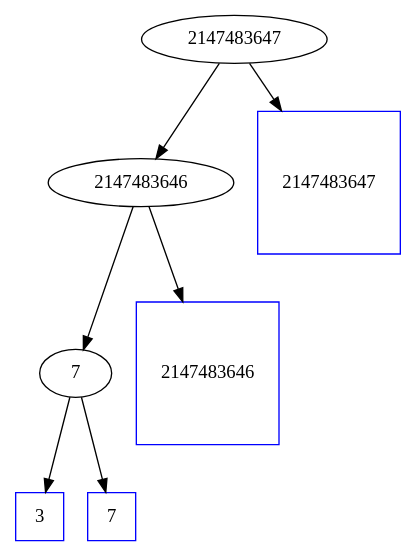
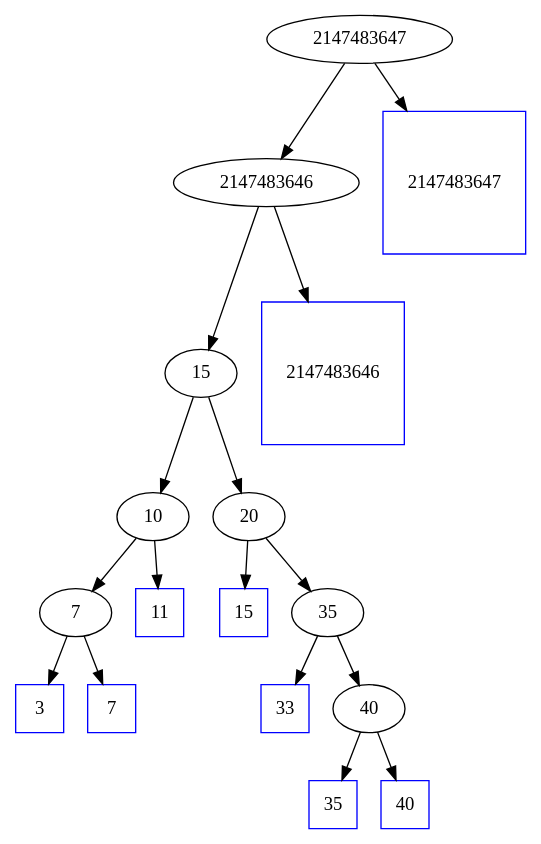
The diagram in tree.dot (ishepard/BinarySearchTree), drawn with Graphviz before and after one commit. The commit also changed 21 other files, not shown here.

```diff
--- a/tree.dot
+++ b/tree.dot
@@ -1,12 +1,27 @@
 digraph graphname {
 2147483647 -> 2147483646;
-2147483646 -> 7;
+2147483646 -> 15;
+15 -> 10;
+10 -> 7;
 7 -> "Leaf 3";
 "Leaf 3"	[label=3, shape=box, regular=1, color="blue"];
 7 -> "Leaf 7";
 "Leaf 7"	[label=7, shape=box, regular=1, color="blue"];
+10 -> "Leaf 11";
+"Leaf 11"	[label=11, shape=box, regular=1, color="blue"];
+15 -> 20;
+20 -> "Leaf 15";
+"Leaf 15"	[label=15, shape=box, regular=1, color="blue"];
+20 -> 35;
+35 -> "Leaf 33";
+"Leaf 33"	[label=33, shape=box, regular=1, color="blue"];
+35 -> 40;
+40 -> "Leaf 35";
+"Leaf 35"	[label=35, shape=box, regular=1, color="blue"];
+40 -> "Leaf 40";
+"Leaf 40"	[label=40, shape=box, regular=1, color="blue"];
 2147483646 -> "Leaf 2147483646";
 "Leaf 2147483646"	[label=2147483646, shape=box, regular=1, color="blue"];
 2147483647 -> "Leaf 2147483647";
 "Leaf 2147483647"	[label=2147483647, shape=box, regular=1, color="blue"];
 }
```
